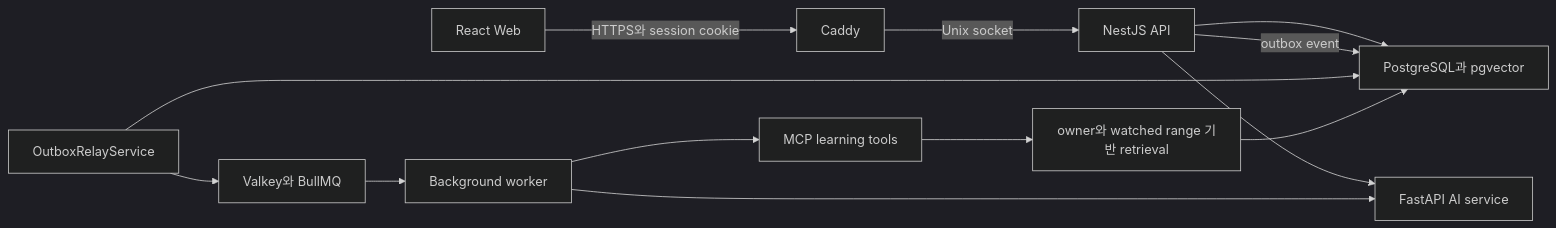
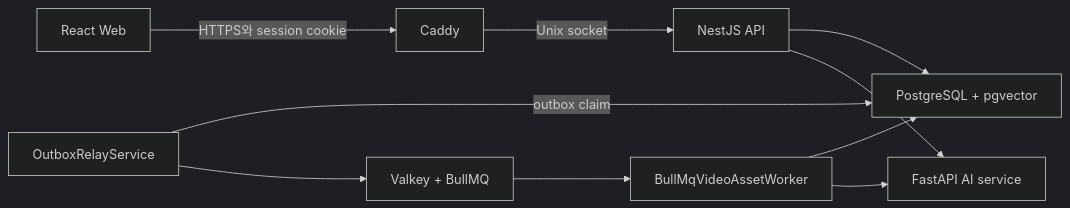
Before and after one commit to NearthYou/Studytube: the first of 8 diagrams in docs/architecture.md, drawn with Mermaid (dark theme). The commit also changed other lines of this file and 7 other files, not shown here.

````diff
--- a/docs/architecture.md
+++ b/docs/architecture.md
@@ -7,15 +7,12 @@
 ```mermaid
 flowchart LR
-  Browser[React Web] -->|HTTPS와 session cookie| Caddy
-  Caddy -->|Unix socket| API[NestJS API]
-  API --> PostgreSQL[PostgreSQL과 pgvector]
-  API --> AI[FastAPI AI service]
-  API -->|outbox event| PostgreSQL
-  Relay[OutboxRelayService] --> PostgreSQL
-  Relay --> Valkey[Valkey와 BullMQ]
-  Valkey --> Worker[Background worker]
+  Browser["React Web"] -->|"HTTPS와 session cookie"| Caddy["Caddy"]
+  Caddy -->|"Unix socket"| API["NestJS API"]
+  API --> DB["PostgreSQL + pgvector"]
+  API --> AI["FastAPI AI service"]
+  Relay["OutboxRelayService"] -->|"outbox claim"| DB
+  Relay --> Queue["Valkey + BullMQ"]
+  Queue --> Worker["BullMqVideoAssetWorker"]
+  Worker --> DB
   Worker --> AI
-  Worker --> MCP[MCP learning tools]
-  MCP --> Retrieval[owner와 watched range 기반 retrieval]
-  Retrieval --> PostgreSQL
 ```
````
